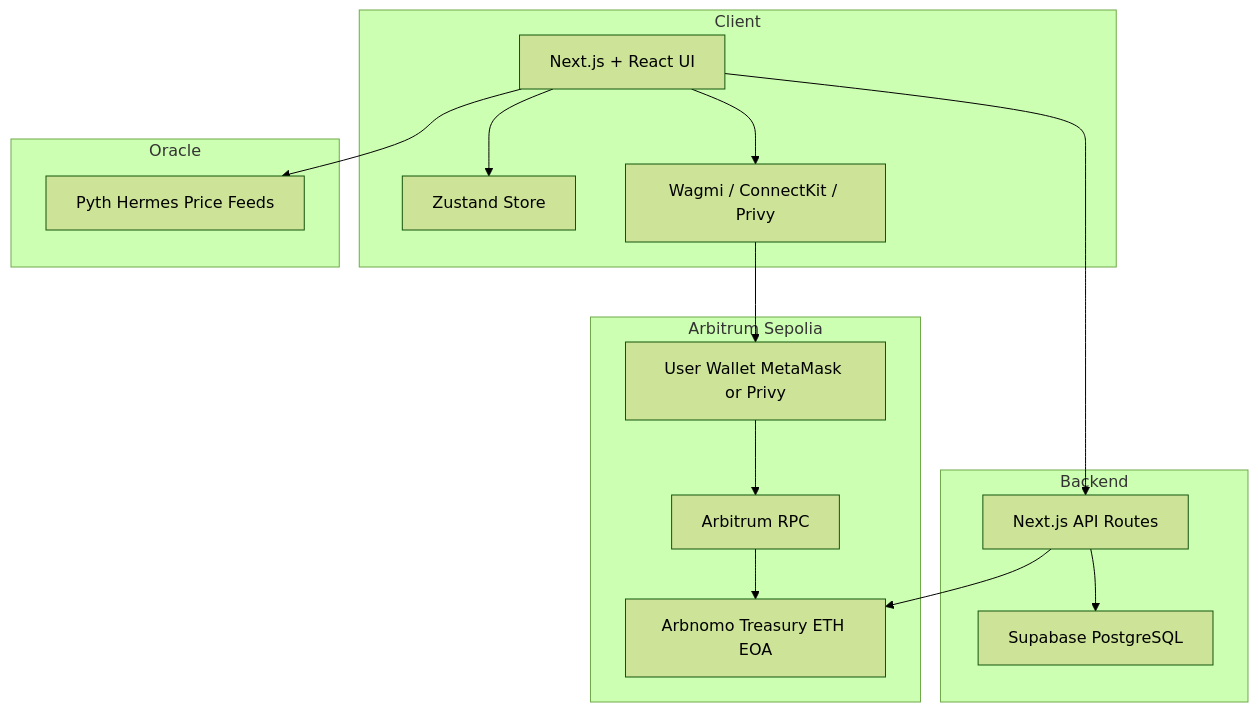
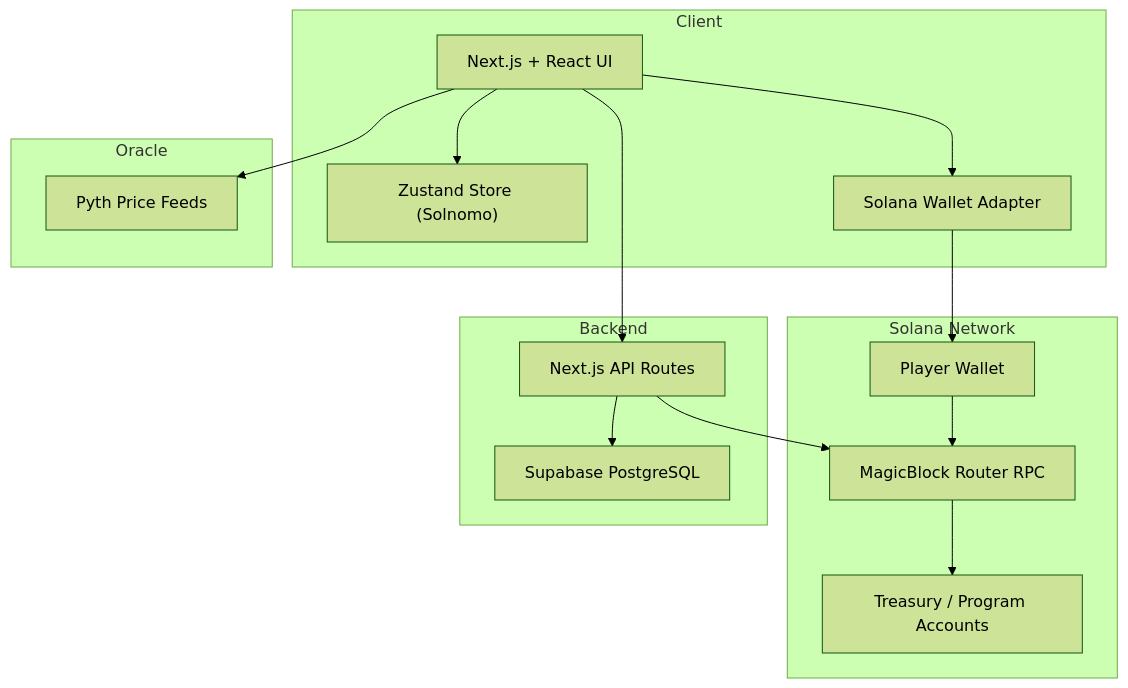
Before and after one commit to AmaanSayyad/solnomo: the second of 4 diagrams in README.md, drawn with Mermaid (forest theme). The commit also changed other lines of this file and 24 other files, not shown here.

````diff
--- a/README.md
+++ b/README.md
@@ -113,33 +74,33 @@
 ```mermaid
 graph TB
     subgraph Client
         UI["Next.js + React UI"]
-        Store["Zustand Store"]
-        Wallets["Wagmi / ConnectKit / Privy"]
+        Store["Zustand Store (Solnomo)"]
+        Wallets["Solana Wallet Adapter"]
     end
 
     subgraph Oracle
-        Pyth["Pyth Hermes Price Feeds"]
+        Pyth["Pyth Price Feeds"]
     end
 
-    subgraph ArbitrumSepolia["Arbitrum Sepolia"]
-        UserWallet["User Wallet MetaMask or Privy"]
-        Treasury["Arbnomo Treasury ETH EOA"]
-        ArbRPC["Arbitrum RPC"]
+    subgraph Solana["Solana Network"]
+        PlayerWallet["Player Wallet"]
+        Treasury["Treasury / Program Accounts"]
+        Router["MagicBlock Router RPC"]
     end
 
     subgraph Backend
         API["Next.js API Routes"]
         DB["Supabase PostgreSQL"]
     end
 
     UI --> Store
     UI --> Wallets
-    Wallets --> UserWallet
-    UserWallet --> ArbRPC
-    ArbRPC --> Treasury
+    Wallets --> PlayerWallet
+    PlayerWallet --> Router
+    Router --> Treasury
     UI --> Pyth
     UI --> API
     API --> DB
-    API --> Treasury
+    API --> Router
 ```
````
